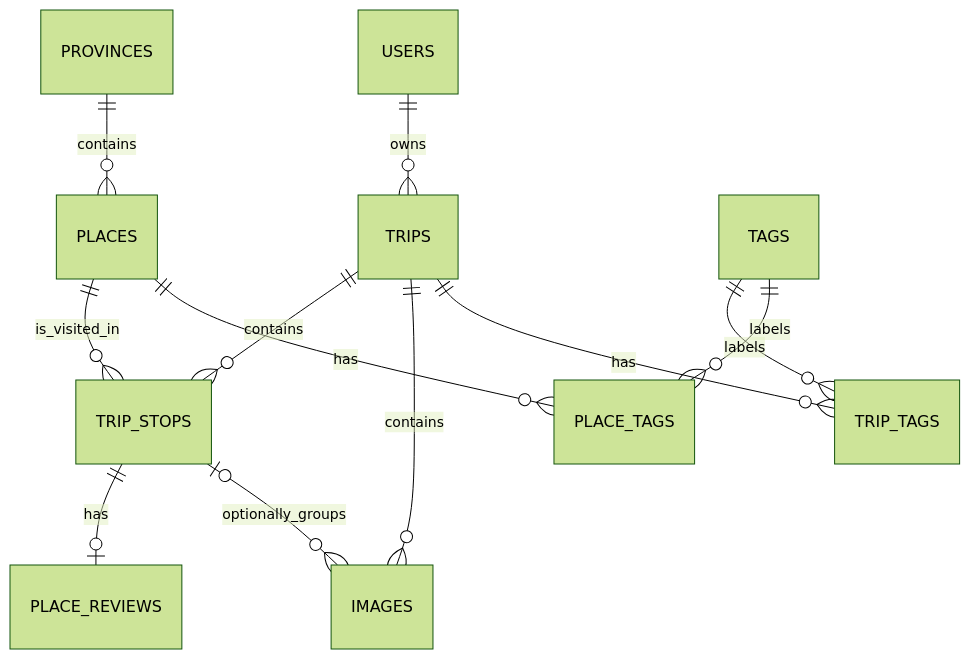
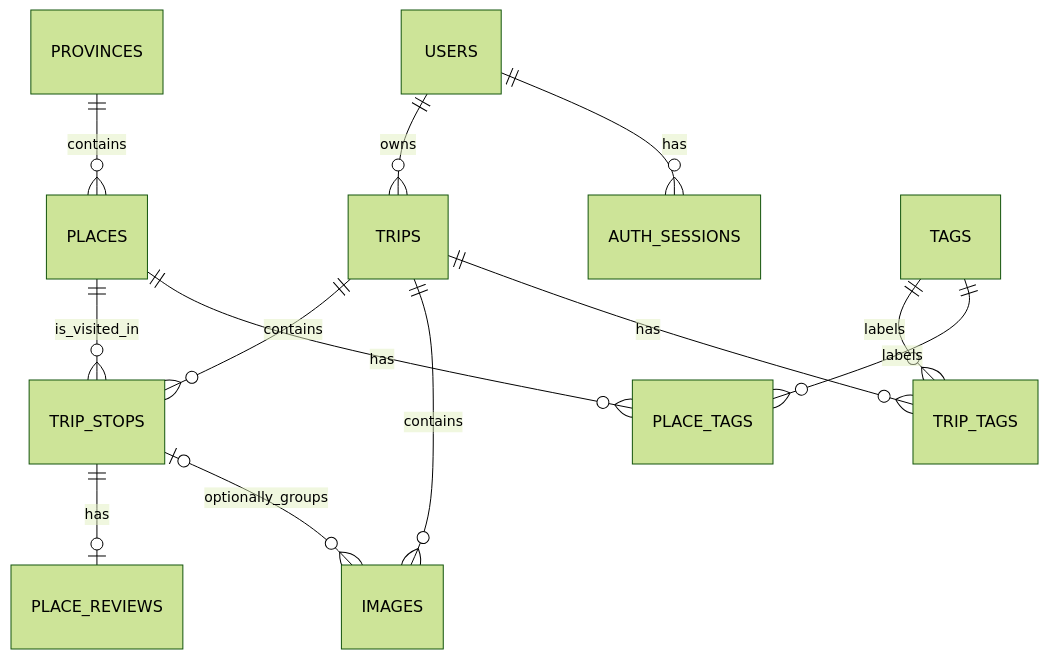
The diagram in database/README.md (Harold-Luong/nomad-diary), drawn with Mermaid (forest theme) before and after one commit. The commit also changed other lines of this file and 4 other files, not shown here.

Commit message:
Add table auth_sessions

````diff
--- a/database/README.md
+++ b/database/README.md
@@ -39,14 +47,15 @@
 ```mermaid
 erDiagram
     USERS ||--o{ TRIPS : owns
+    USERS ||--o{ AUTH_SESSIONS : has
     PROVINCES ||--o{ PLACES : contains
     TRIPS ||--o{ TRIP_STOPS : contains
     PLACES ||--o{ TRIP_STOPS : is_visited_in
     TRIP_STOPS ||--o| PLACE_REVIEWS : has
     TRIPS ||--o{ IMAGES : contains
     TRIP_STOPS o|--o{ IMAGES : optionally_groups
     TRIPS ||--o{ TRIP_TAGS : has
     TAGS ||--o{ TRIP_TAGS : labels
     PLACES ||--o{ PLACE_TAGS : has
     TAGS ||--o{ PLACE_TAGS : labels
 ```
````
